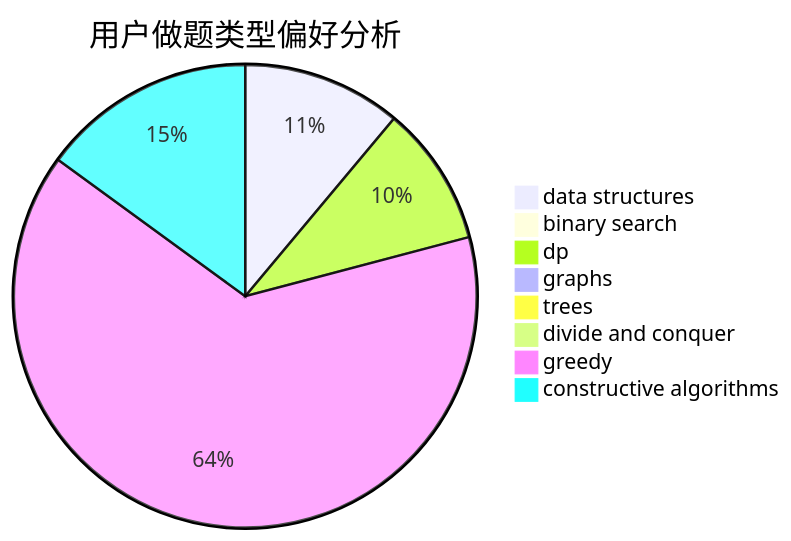
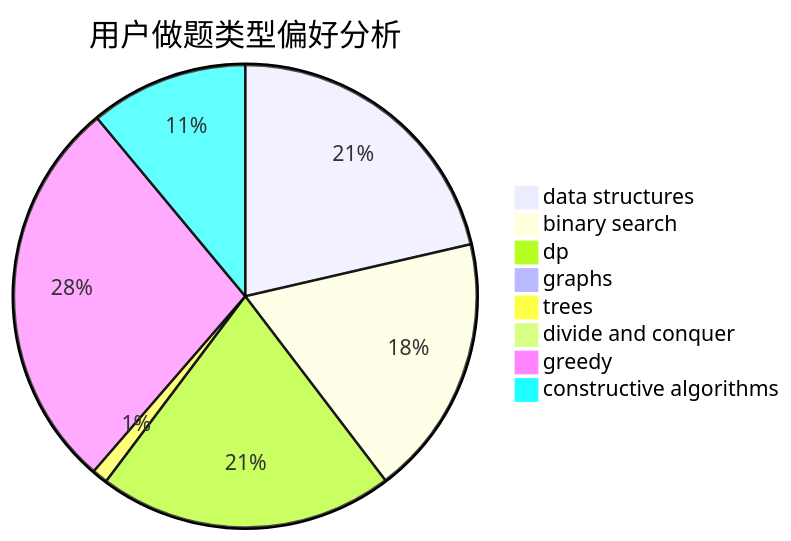
The second of 3 diagrams in docs/user/u1237.md (sherpahu/cfrs.github.io), drawn with Mermaid before and after one commit. The commit also changed other lines of this file and 2770 other files, not shown here.

````diff
--- a/docs/user/u1237.md
+++ b/docs/user/u1237.md
@@ -23,11 +23,11 @@
 ```mermaid
 pie title 用户做题类型偏好分析
-    "data structures" :  60
-    "binary search" :  1
-    "dp" :  53
+    "data structures" :  469
+    "binary search" :  400
+    "dp" :  452
     "graphs" :  0
-    "trees" :  1
+    "trees" :  24
     "divide and conquer" :  0
-    "greedy" :  347
-    "constructive algorithms" :  81
+    "greedy" :  605
+    "constructive algorithms" :  242
 ```
````
